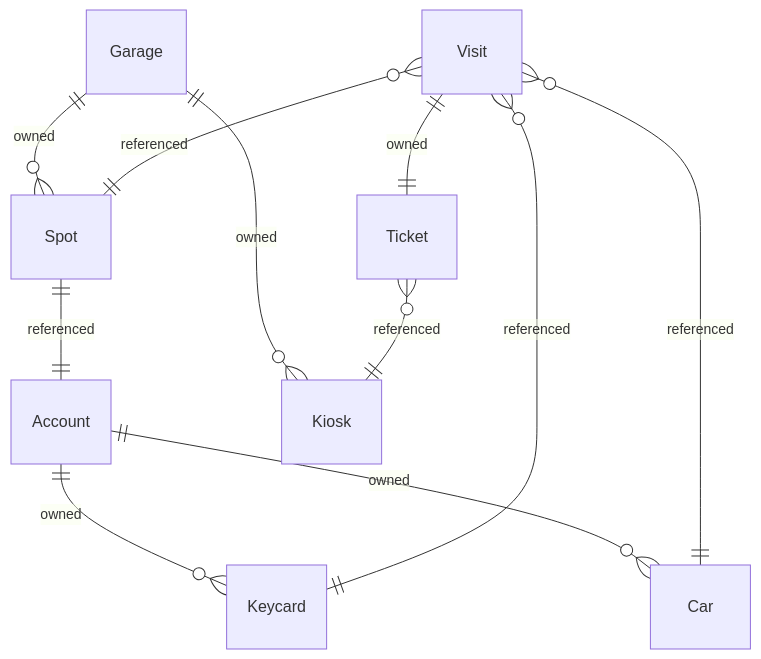
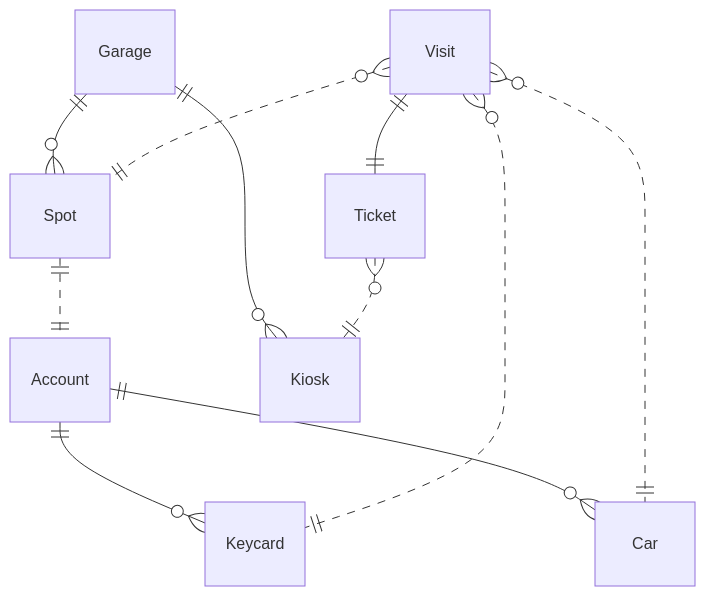
The diagram in docs/05-parking-garage/index.md (stacklok/modelith), drawn with Mermaid before and after one commit. The commit also changed other lines of this file and 12 other files, not shown here.

````diff
--- a/docs/05-parking-garage/index.md
+++ b/docs/05-parking-garage/index.md
@@ -73,21 +73,21 @@
 ```mermaid
 erDiagram
     Account {}
     Car {}
     Garage {}
     Keycard {}
     Kiosk {}
     Spot {}
     Ticket {}
     Visit {}
-    Account ||--o{ Keycard : "owned"
-    Account ||--o{ Car : "owned"
-    Garage ||--o{ Spot : "owned"
-    Garage ||--o{ Kiosk : "owned"
-    Spot ||--|| Account : "referenced"
-    Ticket }o--|| Kiosk : "referenced"
-    Visit }o--|| Spot : "referenced"
-    Visit }o--|| Car : "referenced"
-    Visit }o--|| Keycard : "referenced"
-    Visit ||--|| Ticket : "owned"
+    Account ||--o{ Keycard : ""
+    Account ||--o{ Car : ""
+    Garage ||--o{ Spot : ""
+    Garage ||--o{ Kiosk : ""
+    Spot ||..|| Account : ""
+    Ticket }o..|| Kiosk : ""
+    Visit }o..|| Spot : ""
+    Visit }o..|| Car : ""
+    Visit }o..|| Keycard : ""
+    Visit ||--|| Ticket : ""
 ```
````
